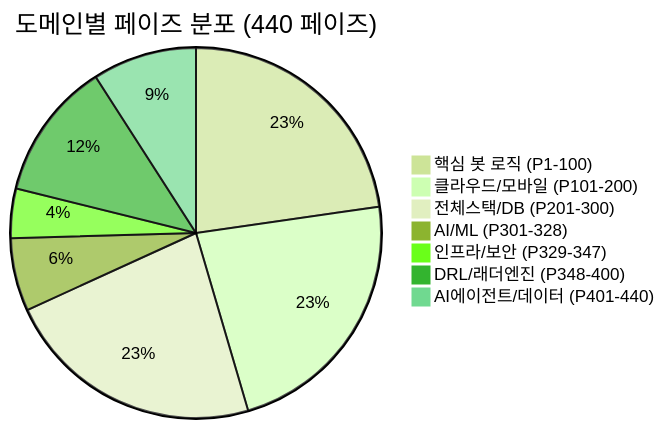
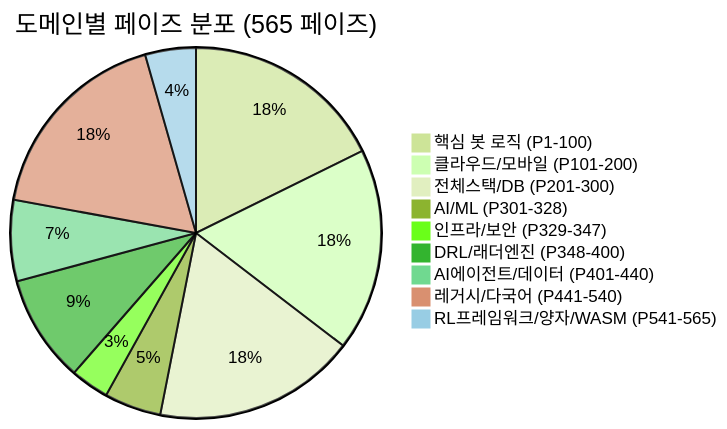
Before and after one commit to sun475300-sudo/Swarm-control-in-sc2bot: diagram 26 of 33 in README.md, drawn with Mermaid (forest theme). The commit also changed other lines of this file, not shown here.

````diff
--- a/README.md
+++ b/README.md
@@ -1210,10 +1255,12 @@
 ```mermaid
-pie title 도메인별 페이즈 분포 (440 페이즈)
+pie title 도메인별 페이즈 분포 (565 페이즈)
     "핵심 봇 로직 (P1-100)" : 100
     "클라우드/모바일 (P101-200)" : 100
     "전체스택/DB (P201-300)" : 100
     "AI/ML (P301-328)" : 28
     "인프라/보안 (P329-347)" : 19
     "DRL/래더엔진 (P348-400)" : 53
     "AI에이전트/데이터 (P401-440)" : 40
+    "레거시/다국어 (P441-540)" : 100
+    "RL프레임워크/양자/WASM (P541-565)" : 25
 ```
````
